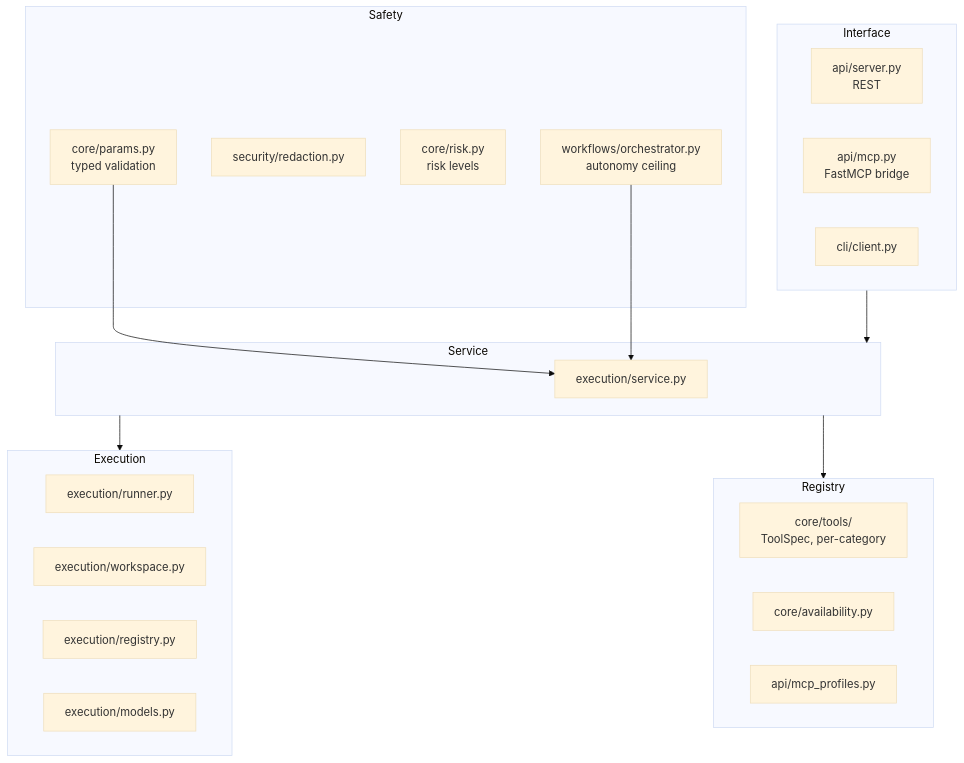
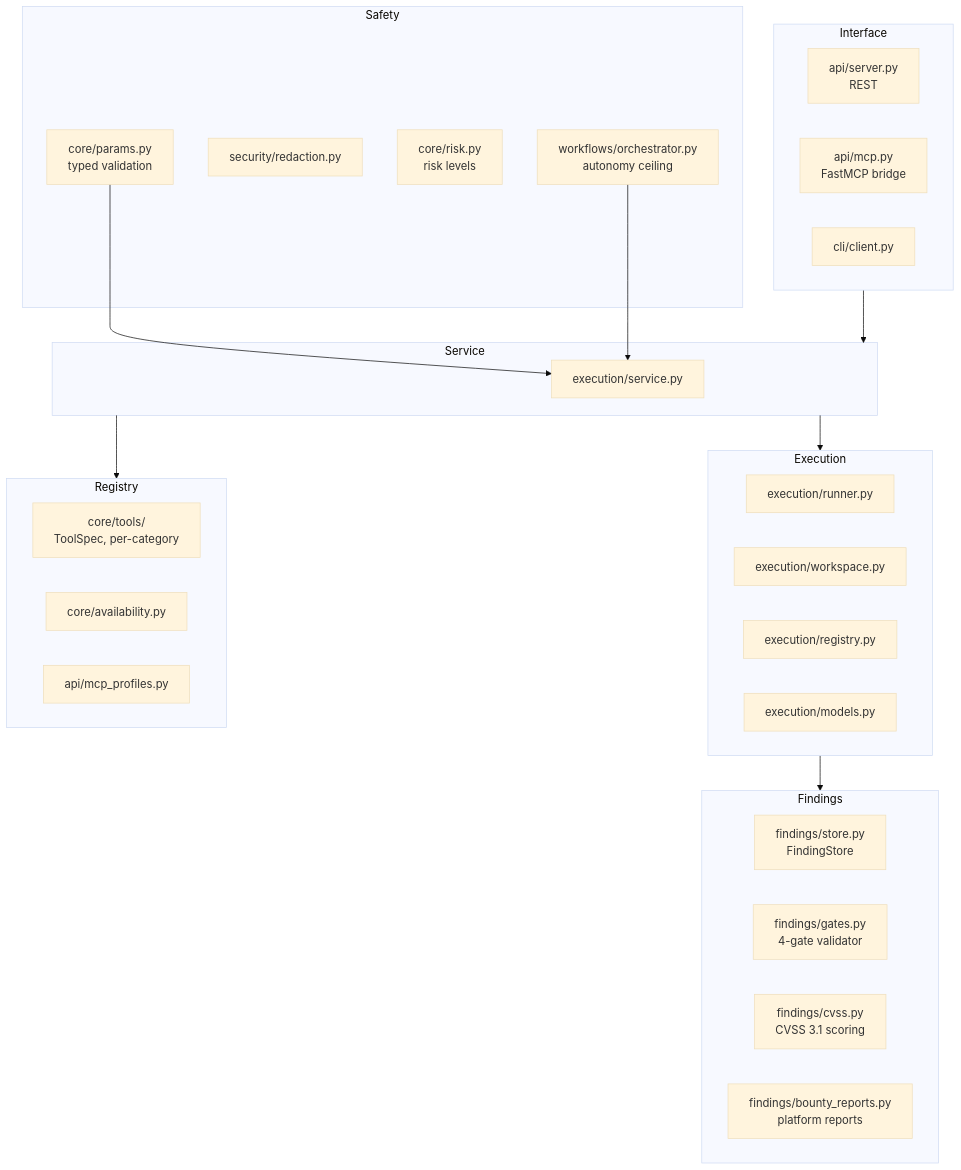
The second of 6 diagrams in docs/architecture.md (Arseno25/nexhunter), drawn with Mermaid (base theme) before and after one commit. The commit also changed other lines of this file and 4 other files, not shown here.

First line of the commit message:
docs: bring architecture/security-model/how-it-works/mcp docs up to date with the findings-validation work

````diff
--- a/docs/architecture.md
+++ b/docs/architecture.md
@@ -44,38 +44,46 @@
 ```mermaid
 flowchart TB
     subgraph interface [Interface]
         A1[api/server.py<br/>REST]
         A2[api/mcp.py<br/>FastMCP bridge]
         A3[cli/client.py]
     end
 
     subgraph service [Service]
         B1[execution/service.py]
     end
 
     subgraph safety [Safety]
         C1[core/params.py<br/>typed validation]
         C2[security/redaction.py]
         C3[core/risk.py<br/>risk levels]
         C4[workflows/orchestrator.py<br/>autonomy ceiling]
     end
 
     subgraph exec [Execution]
         D1[execution/runner.py]
         D2[execution/workspace.py]
         D3[execution/registry.py]
         D4[execution/models.py]
     end
 
     subgraph registry [Registry]
         E1[core/tools/<br/>ToolSpec, per-category]
         E2[core/availability.py]
         E3[api/mcp_profiles.py]
     end
 
+    subgraph findings [Findings]
+        G1[findings/store.py<br/>FindingStore]
+        G2[findings/gates.py<br/>4-gate validator]
+        G3[findings/cvss.py<br/>CVSS 3.1 scoring]
+        G4[findings/bounty_reports.py<br/>platform reports]
+    end
+
     interface --> service
     service --> exec
     service --> registry
+    exec --> findings
     C1 --> B1
     C4 --> B1
 ```
````
